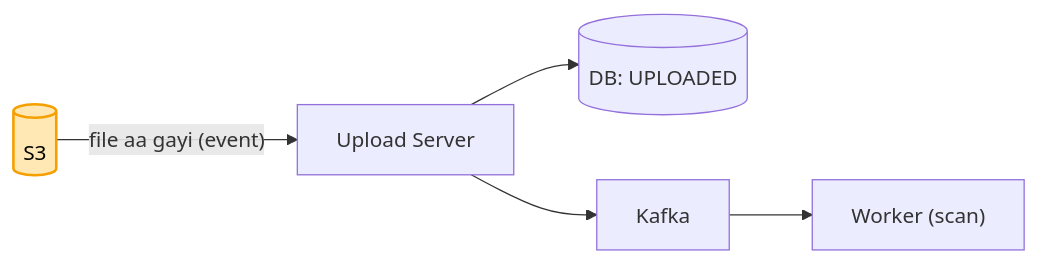
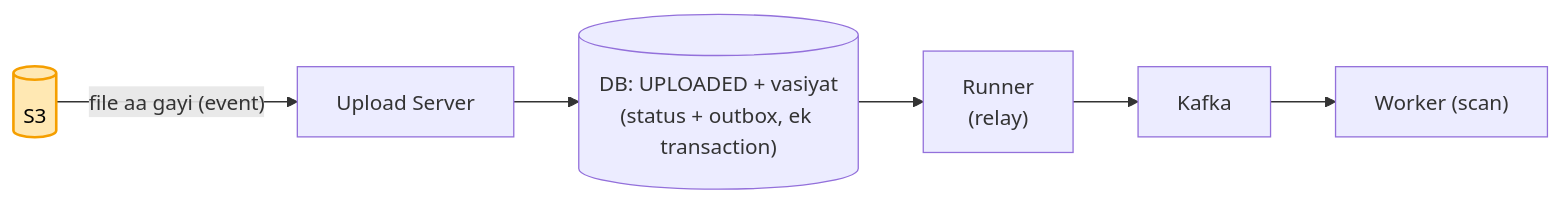
One commit to ArpanMaheshwari144/Prep changed the fourth of 8 diagrams in 04_HLD/SYSTEM_DESIGNS/07_file_upload_validate_system/07_file_upload.md. Above: the diagram before and after it, drawn with Mermaid. The commit also changed 5 other files, not shown here.

Commit message:
HLD milaan: Docs vaada kadam 5 se mila, Chat purani '979 ke baad' line hati; diagram: Notification + File upload me vasiyat (outbox) + relay, Cache me 1 kaato 2 likho, URL 302 + no-store

````diff
--- a/04_HLD/SYSTEM_DESIGNS/07_file_upload_validate_system/07_file_upload.md
+++ b/04_HLD/SYSTEM_DESIGNS/07_file_upload_validate_system/07_file_upload.md
@@ -124,8 +124,9 @@
 ```mermaid
 flowchart LR
     S3[("S3")] -- "file aa gayi (event)" --> U["Upload Server"]
-    U --> DB[("DB: UPLOADED")]
-    U --> K["Kafka"]
+    U --> DB[("DB: UPLOADED + vasiyat<br/>(status + outbox, ek transaction)")]
+    DB --> R["Runner<br/>(relay)"]
+    R --> K["Kafka"]
     K --> W["Worker (scan)"]
     style S3 fill:#ffe8b3,stroke:#f59f00,stroke-width:2px,color:#000
 ```
````
